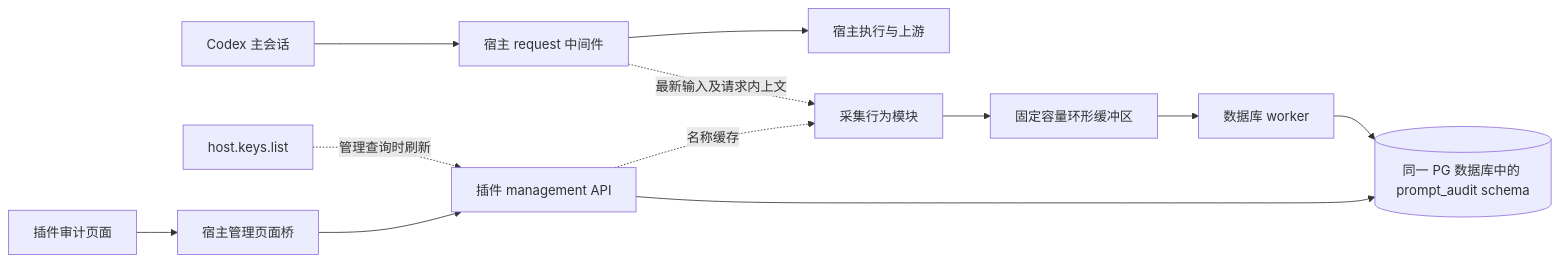
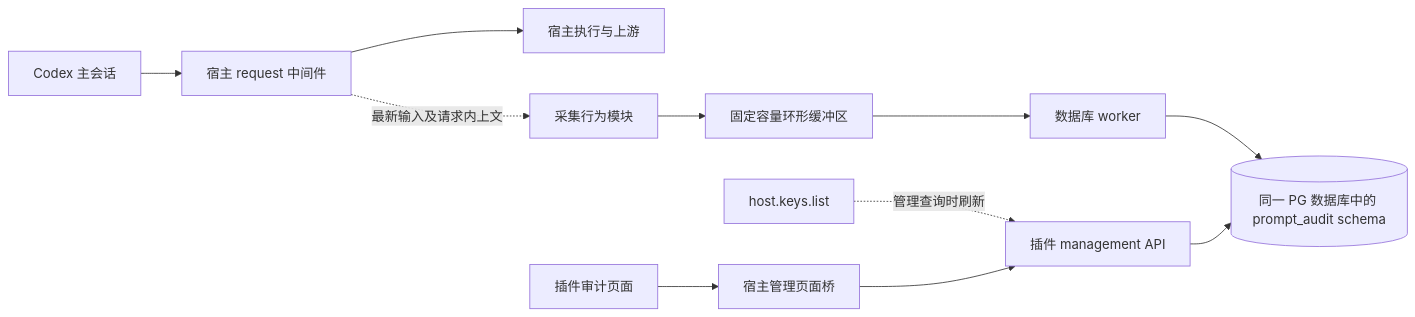
The diagram in docs/design.md (huweiATgithub/codex-proxy-audit), drawn with Mermaid before and after one commit. The commit also changed other lines of this file and 27 other files, not shown here.

````diff
--- a/docs/design.md
+++ b/docs/design.md
@@ -9,14 +9,13 @@
 ```mermaid
 flowchart LR
     C[Codex 主会话] --> H[宿主 request 中间件]
     H --> U[宿主执行与上游]
     H -. 最新输入及请求内上文 .-> A[采集行为模块]
     A --> Q[固定容量环形缓冲区]
     Q --> W[数据库 worker]
     W --> P[(同一 PG 数据库中的 prompt_audit schema)]
     K[host.keys.list] -. 管理查询时刷新 .-> M
-    M -. 名称缓存 .-> A
     UI[插件审计页面] --> B[宿主管理页面桥]
     B --> M[插件 management API]
     M --> P
 ```
````
